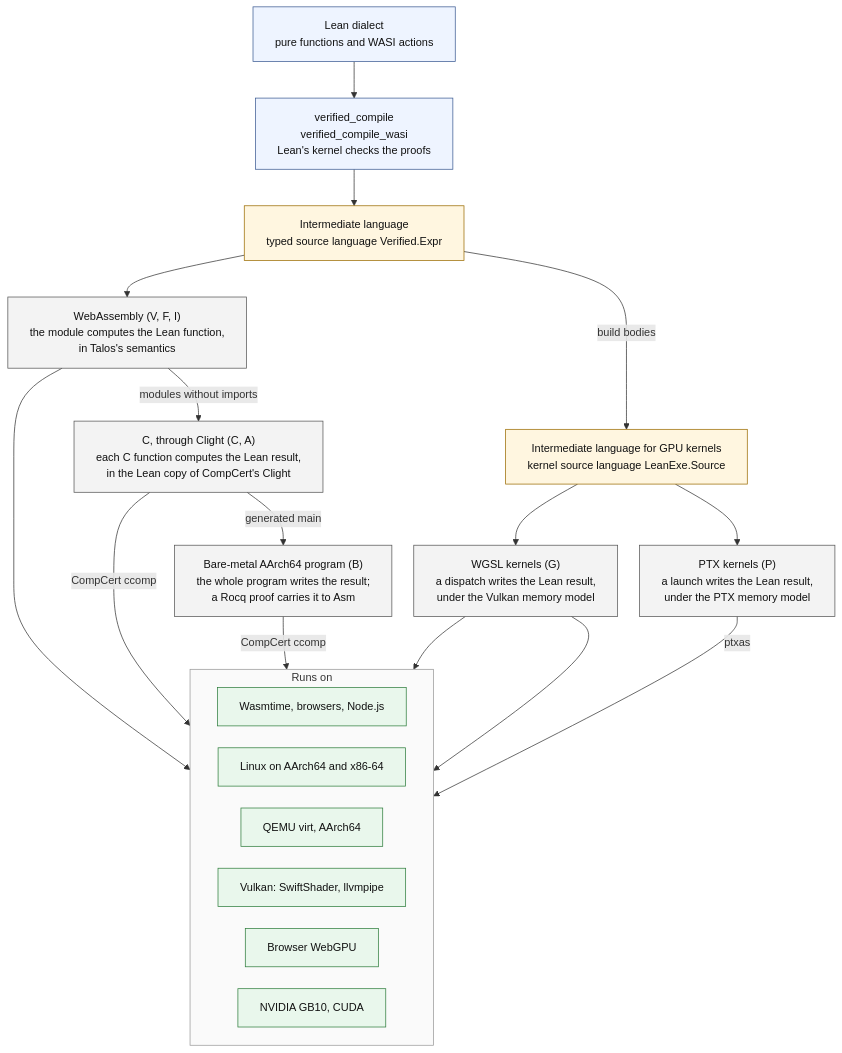
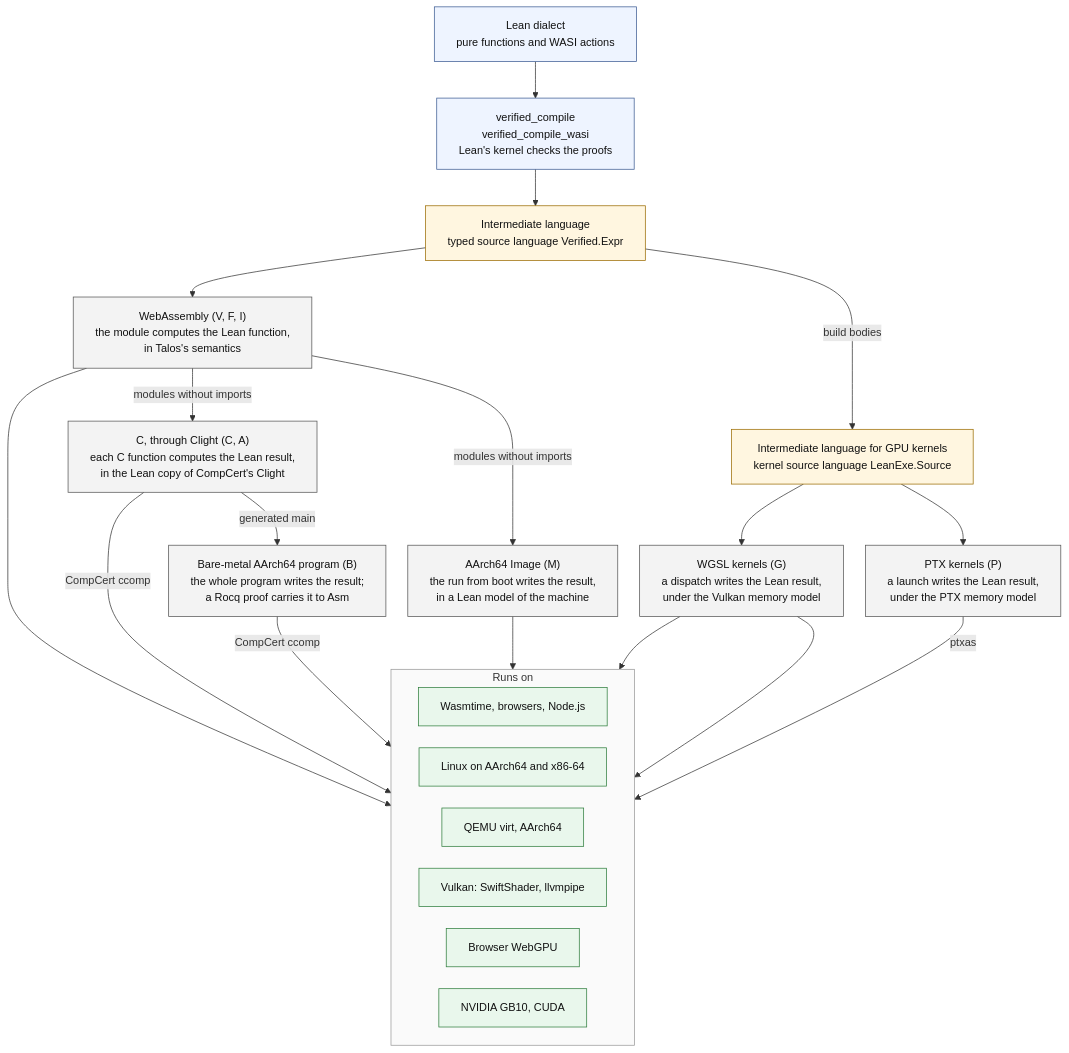
Before and after one commit to jsmorph/leanexe: the diagram in docs/toolchain-summary.mmd, drawn with Mermaid. The commit also changed 7 other files, not shown here.

Commit message:
Document the AArch64 back end and add artifact code M

```diff
--- a/docs/toolchain-summary.mmd
+++ b/docs/toolchain-summary.mmd
@@ -1,46 +1,49 @@
 %%{init: {"flowchart": {"htmlLabels": true, "curve": "basis", "nodeSpacing": 30, "rankSpacing": 50, "wrappingWidth": 340}, "themeVariables": {"fontSize": "15px", "clusterBkg": "#fafafa", "clusterBorder": "#999999"}}}%%
 flowchart TB
   SRC["Lean dialect<br/>pure functions and WASI actions"]
   REF["verified_compile<br/>verified_compile_wasi<br/>Lean's kernel checks the proofs"]
 
   EXPR["Intermediate language<br/>typed source language Verified.Expr"]
   KSRC["Intermediate language for GPU kernels<br/>kernel source language LeanExe.Source"]
 
   WASM["WebAssembly (V, F, I)<br/>the module computes the Lean function,<br/>in Talos's semantics"]
   C["C, through Clight (C, A)<br/>each C function computes the Lean result,<br/>in the Lean copy of CompCert's Clight"]
   BARE["Bare-metal AArch64 program (B)<br/>the whole program writes the result;<br/>a Rocq proof carries it to Asm"]
+  A64["AArch64 Image (M)<br/>the run from boot writes the result,<br/>in a Lean model of the machine"]
   WGSL["WGSL kernels (G)<br/>a dispatch writes the Lean result,<br/>under the Vulkan memory model"]
   PTX["PTX kernels (P)<br/>a launch writes the Lean result,<br/>under the PTX memory model"]
 
   subgraph RUN["Runs on"]
     direction LR
     T1["Wasmtime, browsers, Node.js"]
     T2["Linux on AArch64 and x86-64"]
     T3["QEMU virt, AArch64"]
     T4["Vulkan: SwiftShader, llvmpipe"]
     T6["Browser WebGPU"]
     T5["NVIDIA GB10, CUDA"]
   end
 
   SRC --> REF --> EXPR
   EXPR -- "build bodies" --> KSRC
   EXPR --> WASM
   WASM -- "modules without imports" --> C
   C -- "generated main" --> BARE
+  WASM -- "modules without imports" --> A64
   KSRC --> WGSL
   KSRC --> PTX
   WASM --> T1
   C -- "CompCert ccomp" --> T2
   BARE -- "CompCert ccomp" --> T3
+  A64 --> T3
   WGSL --> T4
   WGSL --> T6
   PTX -- "ptxas" --> T5
 
   classDef src fill:#eef4ff,stroke:#3b5b92,color:#111
   classDef ir fill:#fff6e0,stroke:#9a6b00,color:#111
   classDef back fill:#f3f3f3,stroke:#555,color:#111
   classDef run fill:#e9f7ec,stroke:#2e7d3c,color:#111
   class SRC,REF src
   class EXPR,KSRC ir
-  class WASM,C,BARE,WGSL,PTX back
+  class WASM,C,BARE,A64,WGSL,PTX back
   class T1,T2,T3,T4,T5,T6 run
```
